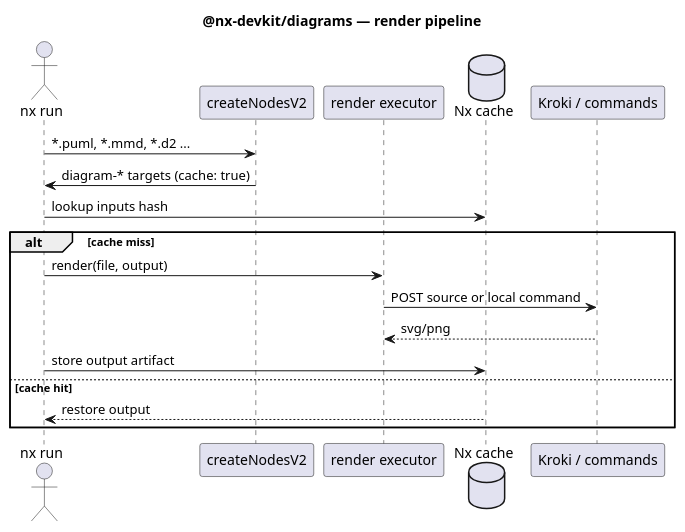
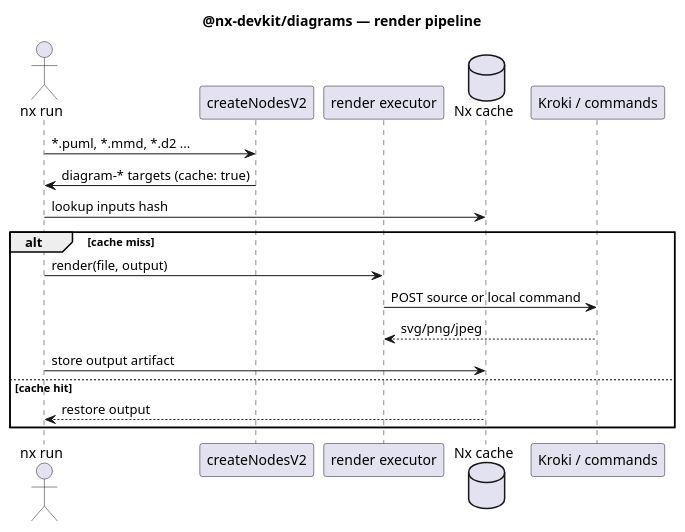
Before and after one commit to nx-devkit/nx.ts: the diagram in packages/diagrams/docs/pipeline.puml, drawn with PlantUML. The commit also changed 1 other file, not shown here.

Commit message:
docs(diagrams): label renderer output as svg/png/jpeg

```diff
--- a/packages/diagrams/docs/pipeline.puml
+++ b/packages/diagrams/docs/pipeline.puml
@@ -1,21 +1,21 @@
 @startuml
 title @nx-devkit/diagrams — render pipeline
 
 actor "nx run" as nx
 participant "createNodesV2" as plugin
 participant "render executor" as exec
 database "Nx cache" as cache
 participant "Kroki / commands" as renderer
 
 nx -> plugin: *.puml, *.mmd, *.d2 ...
 plugin -> nx: diagram-* targets (cache: true)
 nx -> cache: lookup inputs hash
 alt cache miss
   nx -> exec: render(file, output)
   exec -> renderer: POST source or local command
-  renderer --> exec: svg/png
+  renderer --> exec: svg/png/jpeg
   nx -> cache: store output artifact
 else cache hit
   cache --> nx: restore output
 end
 @enduml
```
